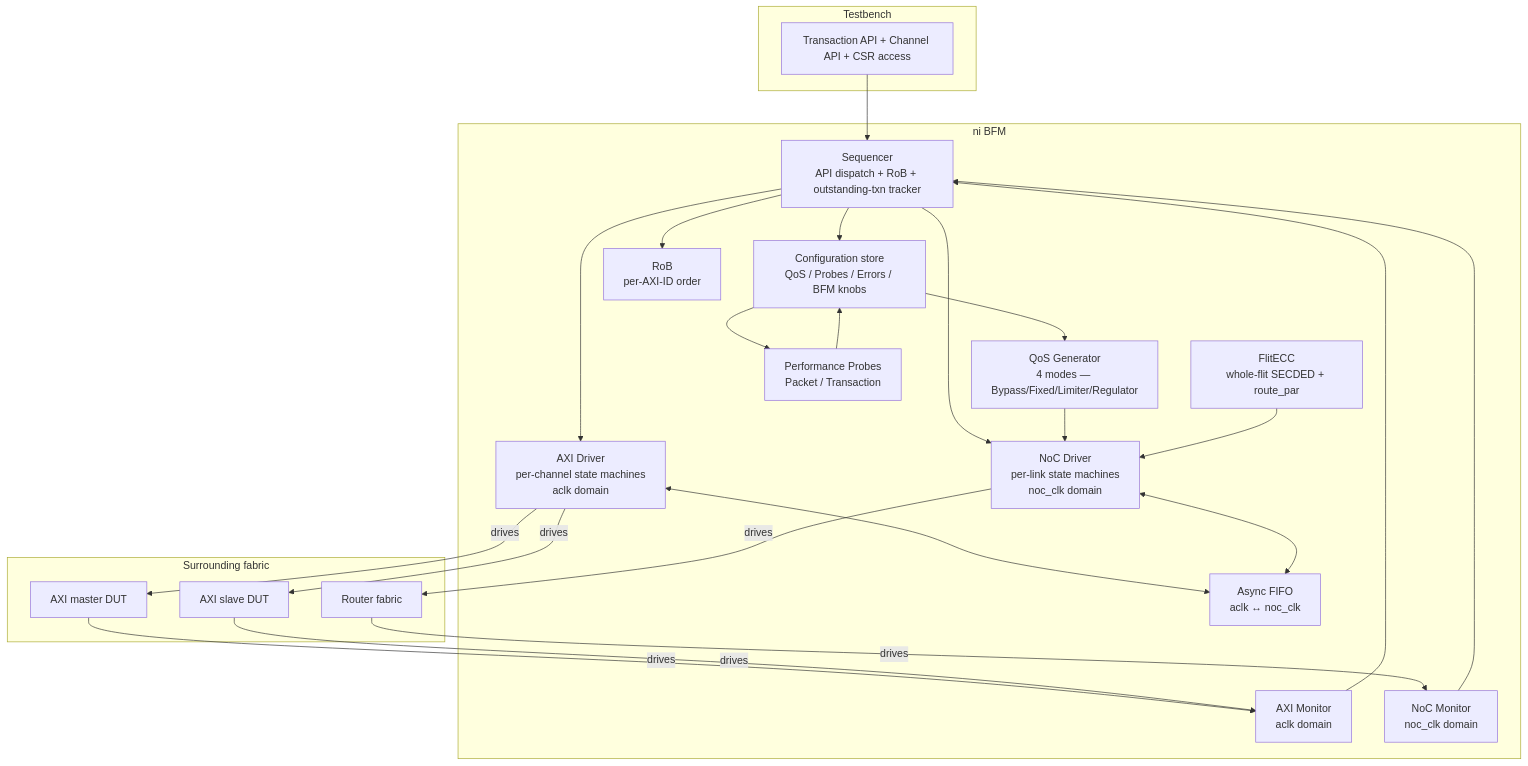
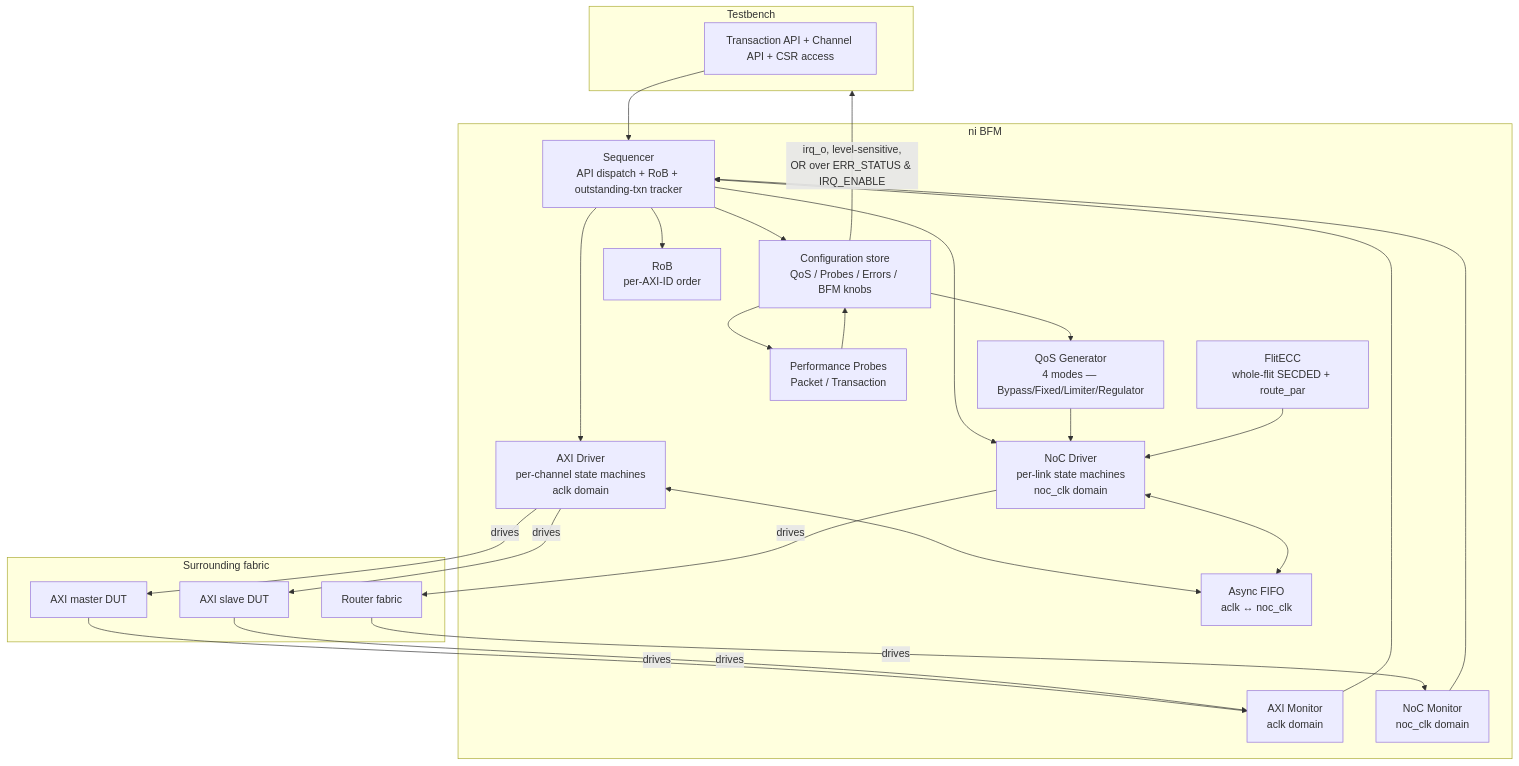
The first of 2 diagrams in spec/ni/doc/theory_of_operation.md (changlukas/noc-sim), drawn with Mermaid before and after one commit. The commit also changed other lines of this file and 7 other files, not shown here.

````diff
--- a/spec/ni/doc/theory_of_operation.md
+++ b/spec/ni/doc/theory_of_operation.md
@@ -5,44 +5,45 @@
 ```mermaid
 flowchart TB
     subgraph TB[Testbench]
         TBAPI[Transaction API + Channel API + CSR access]
     end
     subgraph BFM[ni BFM]
         SEQ[Sequencer<br>API dispatch + RoB + outstanding-txn tracker]
         DRV_AXI[AXI Driver<br>per-channel state machines<br>aclk domain]
         DRV_NOC[NoC Driver<br>per-link state machines<br>noc_clk domain]
         MON_AXI[AXI Monitor<br>aclk domain]
         MON_NOC[NoC Monitor<br>noc_clk domain]
         CDC[Async FIFO<br>aclk ↔ noc_clk]
         CFG[Configuration store<br>QoS / Probes / Errors / BFM knobs]
         QOSGEN[QoS Generator<br>4 modes — Bypass/Fixed/Limiter/Regulator]
         PROBE[Performance Probes<br>Packet / Transaction]
         ECC[FlitECC<br>whole-flit SECDED + route_par]
         ROB[RoB<br>per-AXI-ID order]
     end
     subgraph DUT[Surrounding fabric]
         AXIMST[AXI master DUT]
         AXISLV[AXI slave DUT]
         ROUTER[Router fabric]
     end
     TBAPI --> SEQ
     SEQ --> DRV_AXI
     SEQ --> DRV_NOC
     SEQ --> CFG
     SEQ --> ROB
     CFG --> QOSGEN
     CFG --> PROBE
     DRV_AXI <--> CDC
     DRV_NOC <--> CDC
     QOSGEN --> DRV_NOC
     ECC --> DRV_NOC
     DRV_AXI -->|drives| AXIMST
     AXIMST -->|drives| MON_AXI
     DRV_AXI -->|drives| AXISLV
     AXISLV -->|drives| MON_AXI
     DRV_NOC -->|drives| ROUTER
     ROUTER -->|drives| MON_NOC
     MON_AXI --> SEQ
     MON_NOC --> SEQ
     PROBE --> CFG
+    CFG -->|irq_o, level-sensitive,<br>OR over ERR_STATUS & IRQ_ENABLE| TB
 ```
````
